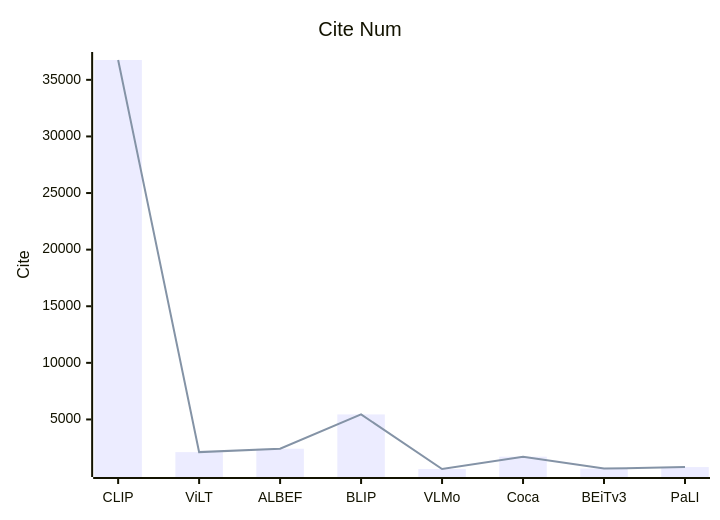
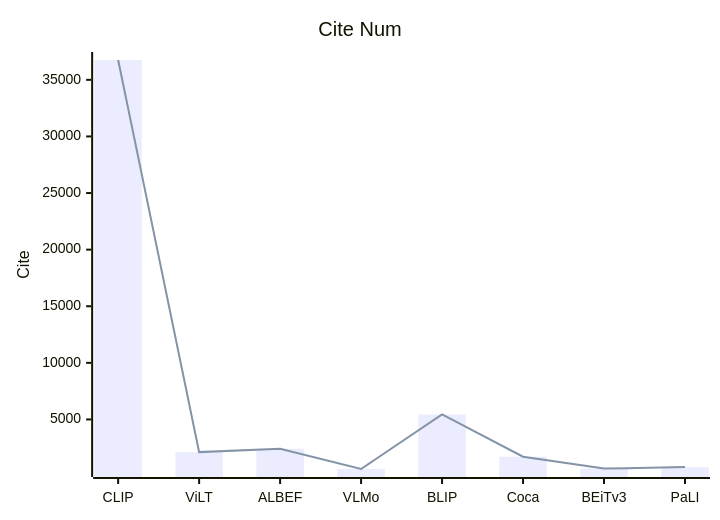
One commit to Elephant-King9/Paper changed the fifth of 5 diagrams in Base_Model/VLM+VLLM/analyse.md. Above: the diagram before and after it, drawn with Mermaid. The commit also changed other lines of this file and 5 other files, not shown here.

````diff
--- a/Base_Model/VLM+VLLM/analyse.md
+++ b/Base_Model/VLM+VLLM/analyse.md
@@ -158,8 +160,8 @@
 ```mermaid
     xychart-beta
     title "Cite Num"
-    x-axis [CLIP, ViLT, ALBEF, BLIP,VLMo,Coca,BEiT v3,PaLI]
+    x-axis [CLIP, ViLT, ALBEF, VLMo, BLIP,Coca,BEiT v3,PaLI]
     y-axis "Cite" 
-    bar [36752,2115,2412,5442,623,1710,660,794]
-    line [36752,2115,2412,5442,623,1710,660,794]
+    bar [36752,2115,2412,623,5442,1710,660,794]
+    line [36752,2115,2412,623,5442,1710,660,794]
 ```
````
